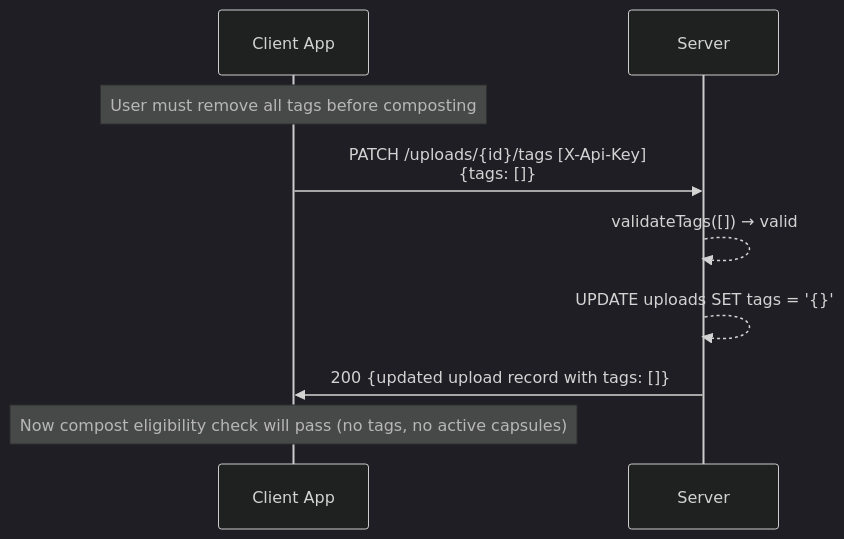
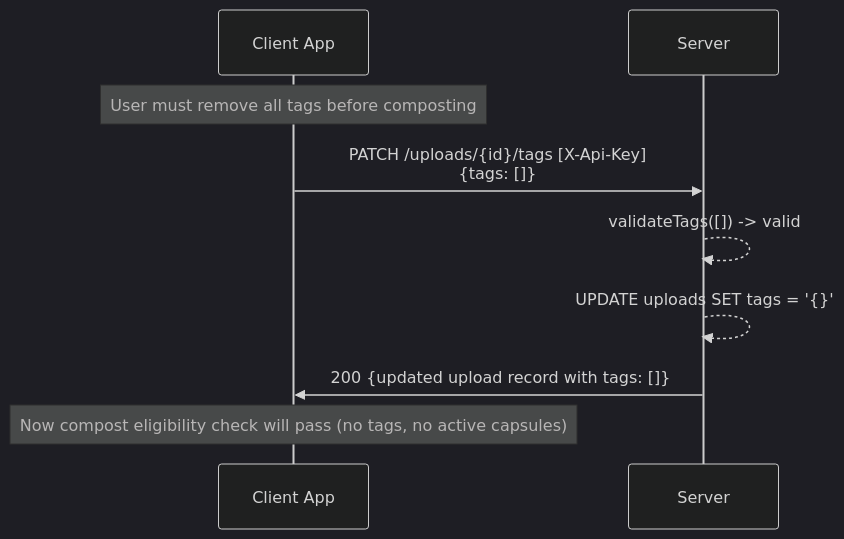
One commit to bacalv/Heirlooms changed the seventh of 8 diagrams in docs/specs/settings-compost.md. Above: the diagram before and after it, drawn with Mermaid (dark theme). The commit also changed other lines of this file and 9 other files, not shown here.

First line of the commit message:
docs: fix Mermaid v11 syntax across all spec and testing diagrams

````diff
--- a/docs/specs/settings-compost.md
+++ b/docs/specs/settings-compost.md
@@ -159,14 +159,14 @@
 ```mermaid
 sequenceDiagram
     participant App as Client App
     participant S as Server
 
     Note over App: User must remove all tags before composting
 
     App->>S: PATCH /uploads/{id}/tags [X-Api-Key]<br/>{tags: []}
-    S-->>S: validateTags([]) → valid
+    S-->>S: validateTags([]) -> valid
     S-->>S: UPDATE uploads SET tags = '{}'
     S->>App: 200 {updated upload record with tags: []}
 
     Note over App: Now compost eligibility check will pass (no tags, no active capsules)
 ```
````
